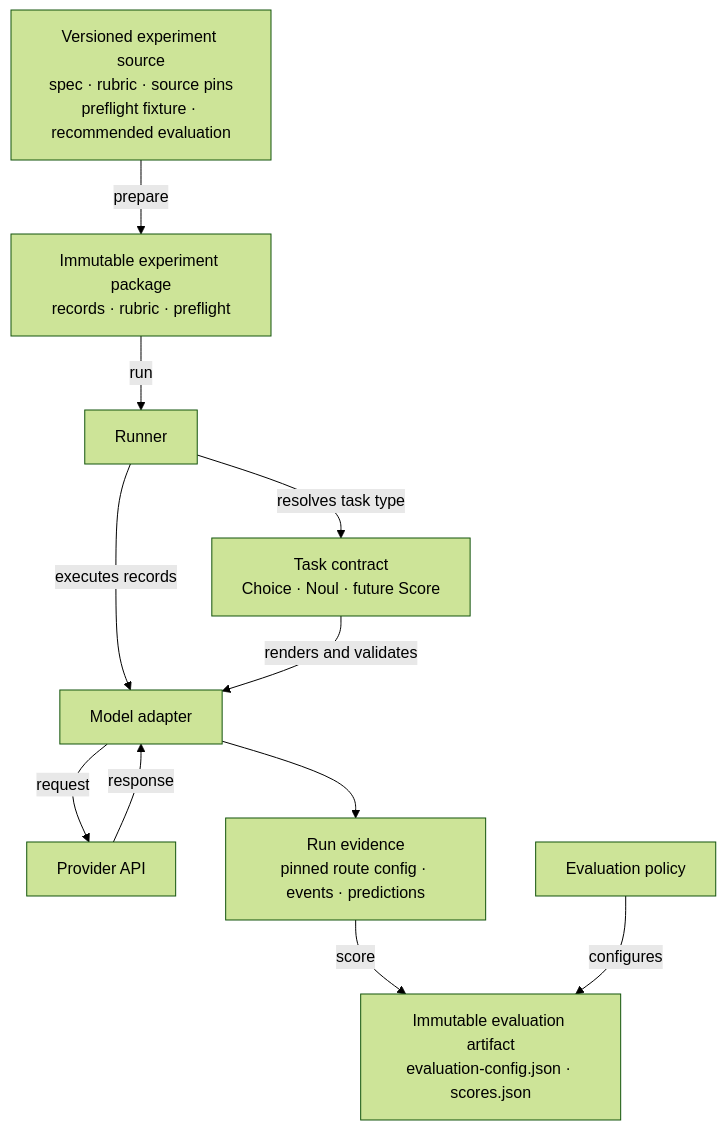
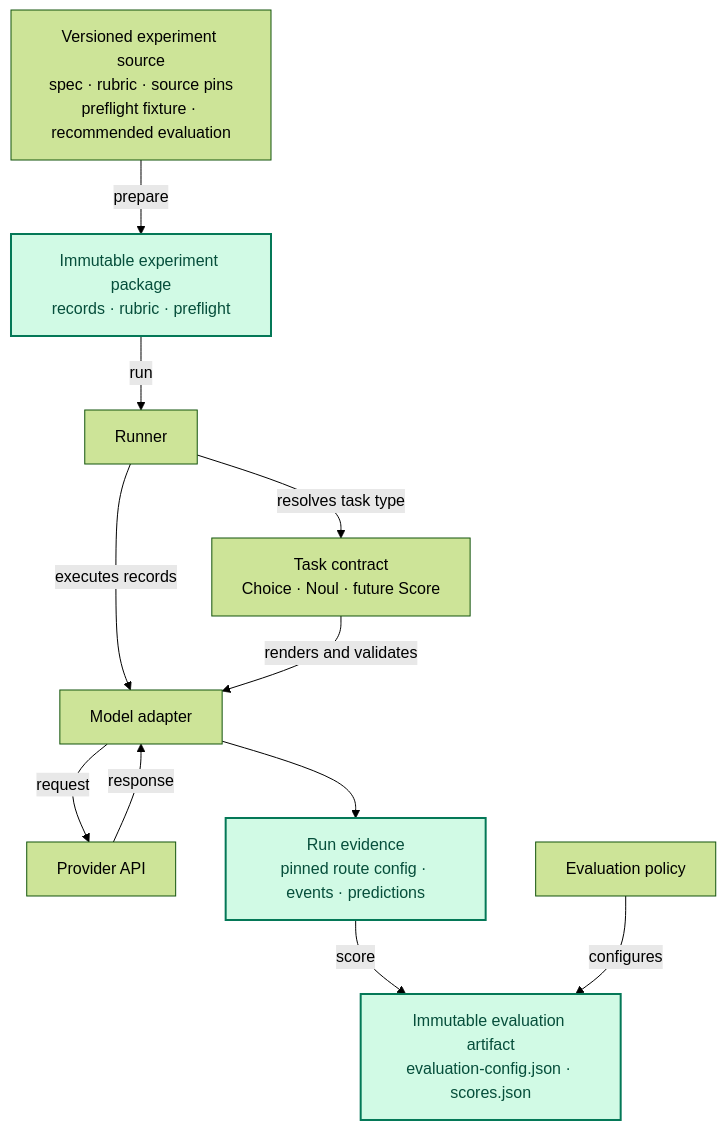
The diagram in docs/architecture.md (Tenkei/jev-decision-bench), drawn with Mermaid (forest theme) before and after one commit.

Commit message:
Highlight immutable architecture artifacts

````diff
--- a/docs/architecture.md
+++ b/docs/architecture.md
@@ -8,23 +8,26 @@
 ```mermaid
 flowchart TD
     source["Versioned experiment source<br/>spec · rubric · source pins<br/>preflight fixture · recommended evaluation"]
     package["Immutable experiment package<br/>records · rubric · preflight"]
     runner["Runner"]
     contract["Task contract<br/>Choice · Noul · future Score"]
     adapter["Model adapter"]
     provider["Provider API"]
     run["Run evidence<br/>pinned route config · events · predictions"]
     policy["Evaluation policy"]
     evaluation["Immutable evaluation artifact<br/>evaluation-config.json · scores.json"]
 
     source -->|prepare| package
     package -->|run| runner
     runner -->|resolves task type| contract
     runner -->|executes records| adapter
     contract -->|renders and validates| adapter
     adapter -->|request| provider
     provider -->|response| adapter
     adapter --> run
     run -->|score| evaluation
     policy -->|configures| evaluation
+
+    classDef immutable fill:#d1fae5,stroke:#047857,color:#064e3b,stroke-width:2px
+    class package,run,evaluation immutable
 ```
````
